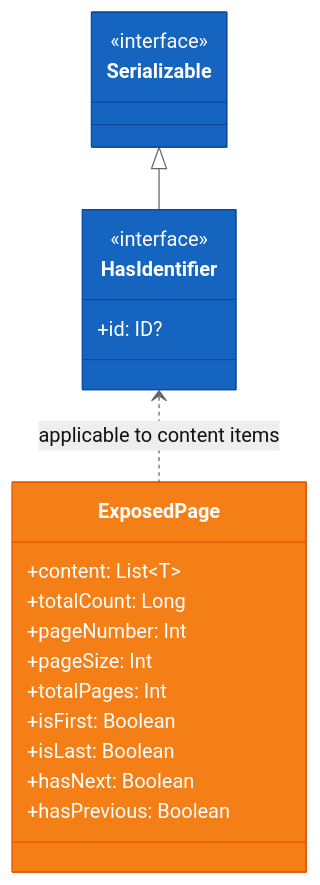
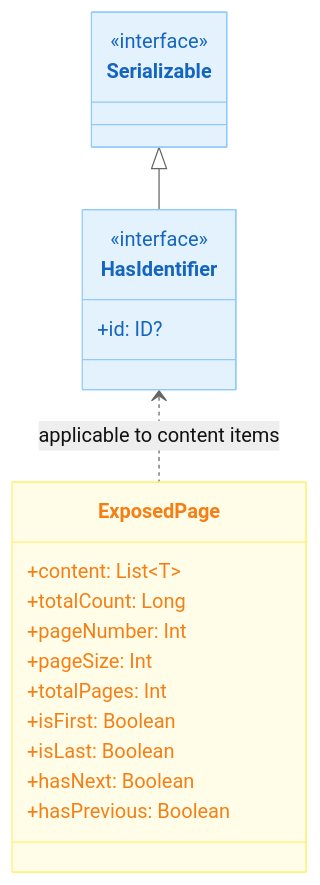
One commit to bluetape4k/bluetape4k-projects changed the fourth of 5 diagrams in data/exposed-core/README.md. Above: the diagram before and after it, drawn with Mermaid (neutral theme). The commit also changed other lines of this file and 219 other files, not shown here.

First line of the commit message:
docs: 전체 README Mermaid 다이어그램 가이드 적용

````diff
--- a/data/exposed-core/README.md
+++ b/data/exposed-core/README.md
@@ -363,28 +363,28 @@
 ```mermaid
 classDiagram
     class HasIdentifier {
         <<interface>>
         +id: ID?
     }
     class ExposedPage {
         +content: List~T~
         +totalCount: Long
         +pageNumber: Int
         +pageSize: Int
         +totalPages: Int
         +isFirst: Boolean
         +isLast: Boolean
         +hasNext: Boolean
         +hasPrevious: Boolean
     }
     class Serializable {
         <<interface>>
     }
 
 Serializable <|-- HasIdentifier
 HasIdentifier <.. ExposedPage: applicable to content items
 
-    style HasIdentifier fill:#1565C0,stroke:#0D47A1,color:#FFFFFF
-    style ExposedPage fill:#F57F17,stroke:#E65100,color:#FFFFFF
-    style Serializable fill:#1565C0,stroke:#0D47A1,color:#FFFFFF
+    style HasIdentifier fill:#E3F2FD,stroke:#90CAF9,color:#1565C0
+    style ExposedPage fill:#FFFDE7,stroke:#FFF176,color:#F57F17
+    style Serializable fill:#E3F2FD,stroke:#90CAF9,color:#1565C0
 ```
````
